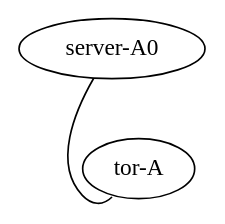
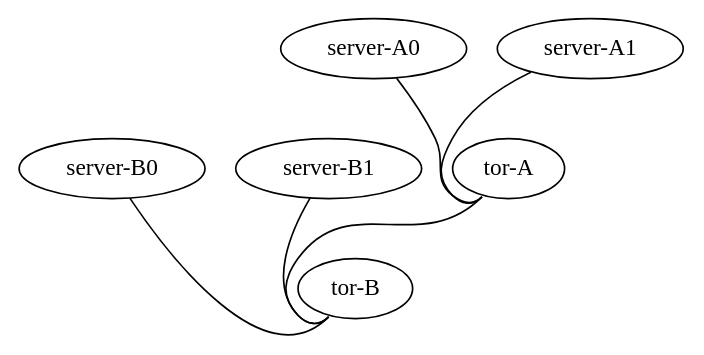
The diagram in Vagrant/Get_Started/topology.dot (datacompucrs/DataCenter-1), drawn with Graphviz before and after one commit. The commit also changed 3 other files, not shown here.

```diff
--- a/Vagrant/Get_Started/topology.dot
+++ b/Vagrant/Get_Started/topology.dot
@@ -1,7 +1,16 @@
 graph vx {
 "tor-A" [function="leaf" vagrant="eth1" os="hashicorp/bionic64" version="1.0.282" memory="700" config="./helper_scripts/config_production_switch.sh" ]
 "server-A0" [function="host" vagrant="eth3" os="hashicorp/bionic64" version="1.0.282" memory="700" config="./helper_scripts/config_production_server.sh" ]
+"server-A1" [function="host" vagrant="eth3" os="hashicorp/bionic64" version="1.0.282" memory="700" config="./helper_scripts/config_production_server.sh" ]
 
+"tor-B" [function="leaf" vagrant="eth1" os="hashicorp/bionic64" version="1.0.282" memory="700" config="./helper_scripts/config_production_switch.sh" ]
+"server-B0" [function="host" vagrant="eth3" os="hashicorp/bionic64" version="1.0.282" memory="700" config="./helper_scripts/config_production_server.sh" ]
+"server-B1" [function="host" vagrant="eth3" os="hashicorp/bionic64" version="1.0.282" memory="700" config="./helper_scripts/config_production_server.sh" ]
+
+"tor-A":"swp50" -- "tor-B":"swp49"
 
 "server-A0":"eth1" -- "tor-A":"swp1" [left_mac="00:01:00:11:11:01"]
+"server-A1":"eth1" -- "tor-A":"swp2" [left_mac="00:01:00:22:22:02"]
+"server-B0":"eth1" -- "tor-B":"swp1" [left_mac="00:02:00:11:11:01"]
+"server-B1":"eth1" -- "tor-B":"swp2" [left_mac="00:02:00:22:22:02"]
 }
```
